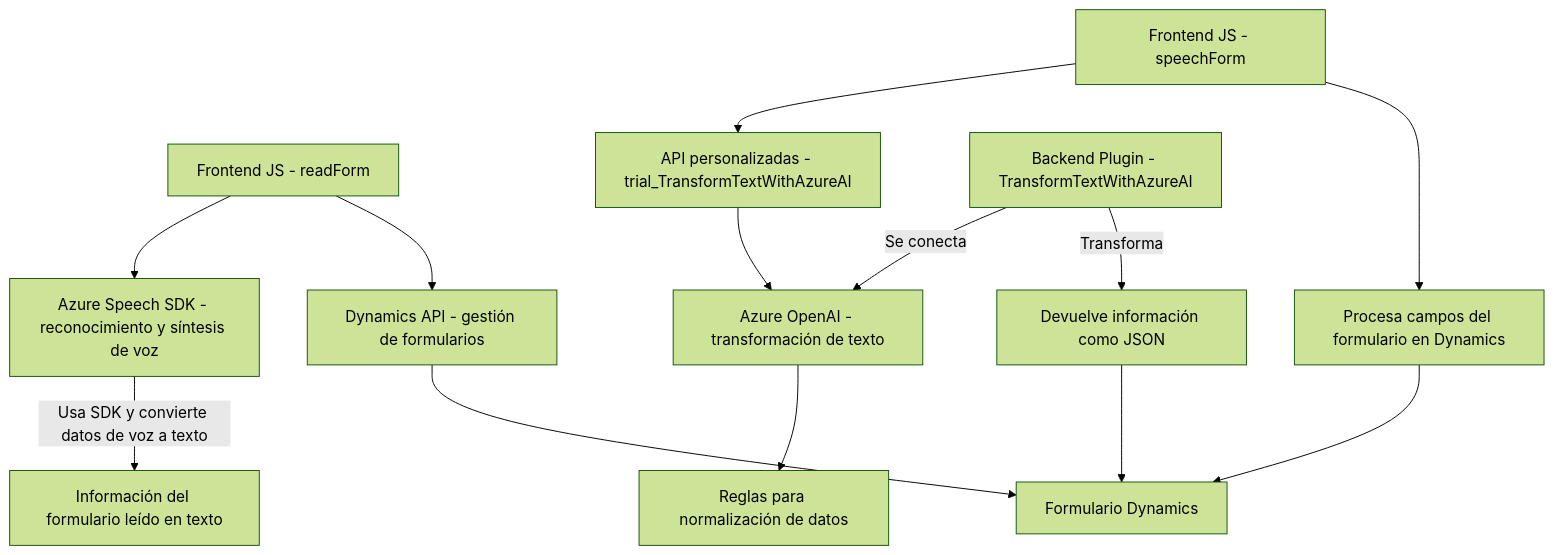
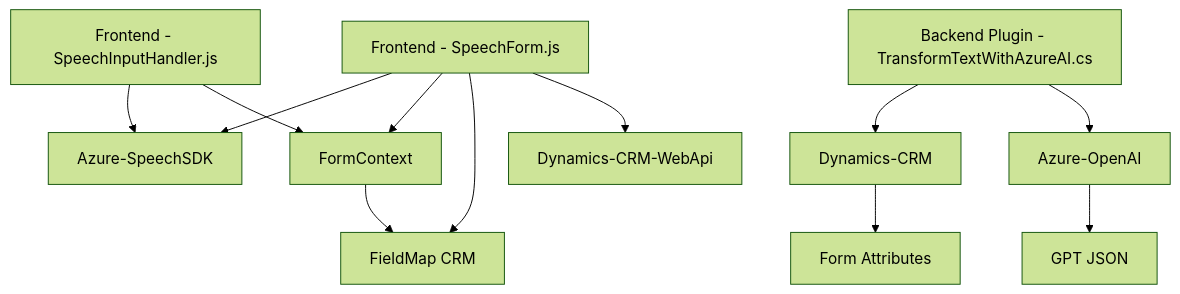
One commit to blopezdm/NETCORE_BILBAO2025 changed the diagram in README.md. Above: the diagram before and after it, drawn with Mermaid (forest theme). The commit also changed other lines of this file, not shown here.

````diff
--- a/README.md
+++ b/README.md
@@ -51,21 +56,16 @@
 ```mermaid
 graph TD
-  A[Frontend JS - readForm]
-  A --> B["Azure Speech SDK - reconocimiento y síntesis de voz"]
-  A --> C["Dynamics API - gestión de formularios"]
-  B --> |Usa SDK y convierte datos de voz a texto| D["Información del formulario leído en texto"]
-  
-  G[Frontend JS - speechForm]
-  G --> H["API personalizadas - trial_TransformTextWithAzureAI"]
-  G --> I["Procesa campos del formulario en Dynamics"]
-  H --> J["Azure OpenAI - transformación de texto"]
+    A["Frontend - SpeechInputHandler.js"] --> B["Azure-SpeechSDK"]
+    A["Frontend - SpeechInputHandler.js"] --> C["FormContext"]
+    D["Frontend - SpeechForm.js"] --> B["Azure-SpeechSDK"]
+    D["Frontend - SpeechForm.js"] --> C["FormContext"]
+    D["Frontend - SpeechForm.js"] --> E["FieldMap CRM"]
 
-  K[Backend Plugin - TransformTextWithAzureAI]
-  K --> |Se conecta| J
-  K --> |Transforma| L["Devuelve información como JSON"]
-  J --> M["Reglas para normalización de datos"]
-  
-  C --> N["Formulario Dynamics"]
-  I-->N
-  L-->N
+    C["FormContext"] --> E["FieldMap CRM"]
+    D["Frontend - SpeechForm.js"] --> F["Dynamics-CRM-WebApi"]
+
+    G["Backend Plugin - TransformTextWithAzureAI.cs"] --> H["Dynamics-CRM"]
+    G["Backend Plugin - TransformTextWithAzureAI.cs"] --> I["Azure-OpenAI"]
+    H["Dynamics-CRM"] --> J["Form Attributes"]
+    I["Azure-OpenAI"] --> K["GPT JSON"]
 ```
````
